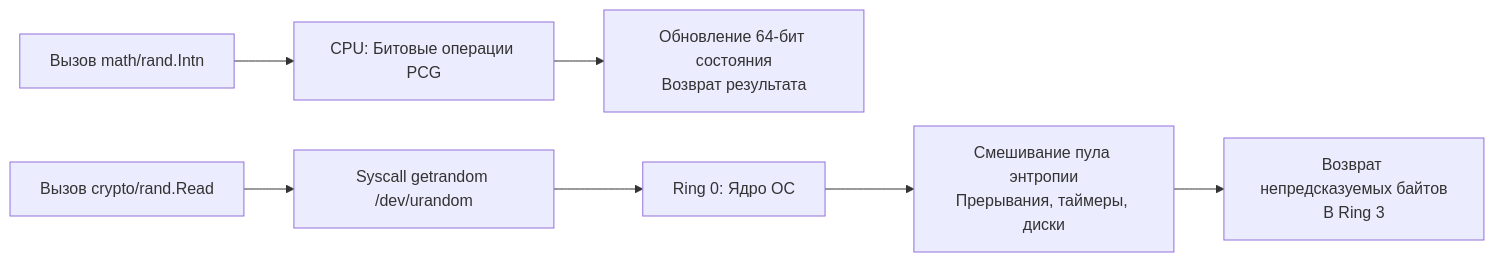
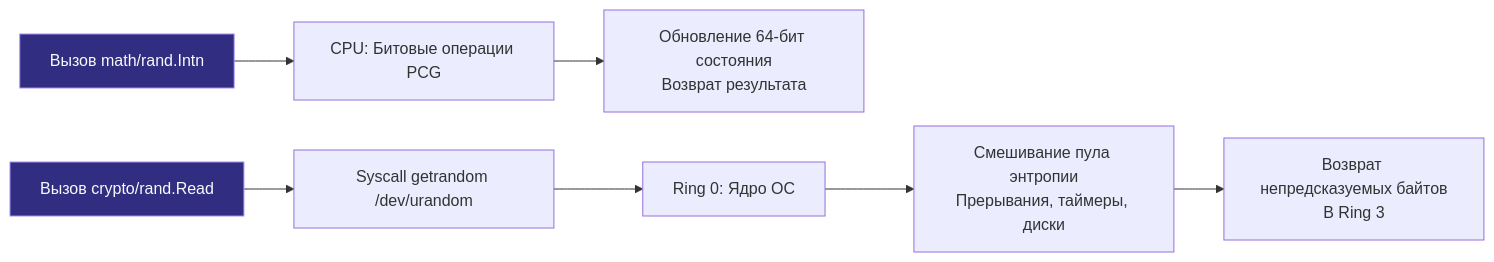
Before and after one commit to UnrealTemplier/go-textbook: the diagram in sources/6. Стандартная библиотека Go/37. crypto_rand и math_rand.md, drawn with Mermaid. The commit also changed 1666 other files, not shown here.

First line of the commit message:
feat(mermaid): add semantic color classDef to 1369 colorless flowchart/graph diagrams

````diff
--- a/sources/6. Стандартная библиотека Go/37. crypto_rand и math_rand.md
+++ b/sources/6. Стандартная библиотека Go/37. crypto_rand и math_rand.md
@@ -29,10 +29,20 @@
 ```mermaid
 flowchart LR
-    A["Вызов math/rand.Intn"] --> B["CPU: Битовые операции PCG"]
+    classDef process  fill:#1e293b,stroke:#38bdf8,stroke-width:1px,color:#f8fafc
+    classDef success  fill:#064e3b,stroke:#34d399,stroke-width:1px,color:#f8fafc
+    classDef error    fill:#7f1d1d,stroke:#f87171,stroke-width:1px,color:#f8fafc
+    classDef warning  fill:#78350f,stroke:#fbbf24,stroke-width:1px,color:#f8fafc
+    classDef entry    fill:#1e3a5f,stroke:#38bdf8,stroke-width:2px,color:#f8fafc
+    classDef aux      fill:#334155,stroke:#64748b,stroke-width:1px,color:#f8fafc
+    classDef system   fill:#312e81,stroke:#a78bfa,stroke-width:1px,color:#f8fafc
+    classDef data     fill:#132d29,stroke:#2dd4bf,stroke-width:1px,color:#f8fafc
+    classDef network  fill:#881337,stroke:#fb7185,stroke-width:1px,color:#f8fafc
+    classDef accent   fill:#1e1b4b,stroke:#818cf8,stroke-width:1px,color:#f8fafc
+    A["Вызов math/rand.Intn"]:::system --> B["CPU: Битовые операции PCG"]
     B --> C["Обновление 64-бит состояния<br>Возврат результата"]
     
-    D["Вызов crypto/rand.Read"] --> E["Syscall getrandom /dev/urandom"]
+    D["Вызов crypto/rand.Read"]:::system --> E["Syscall getrandom /dev/urandom"]
     E --> F["Ring 0: Ядро ОС"]
     F --> G["Смешивание пула энтропии<br>Прерывания, таймеры, диски"]
     G --> H["Возврат непредсказуемых байтов<br>В Ring 3"]
 ```
````
